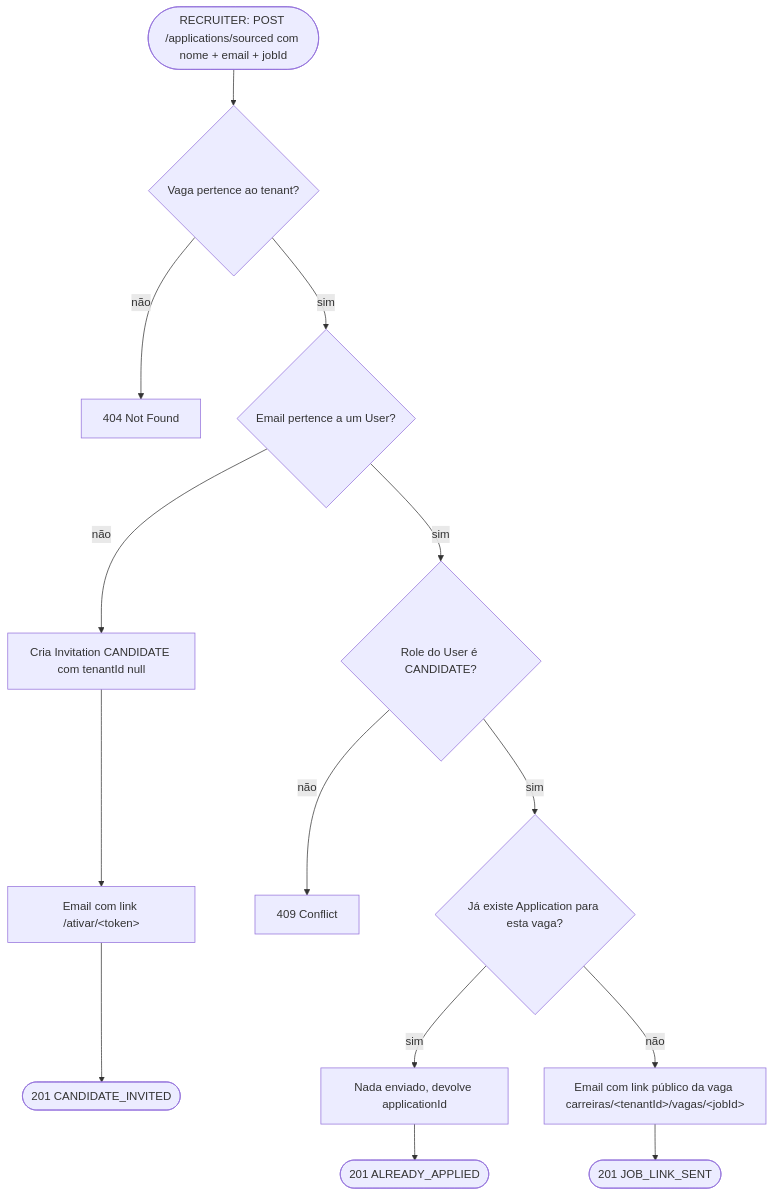
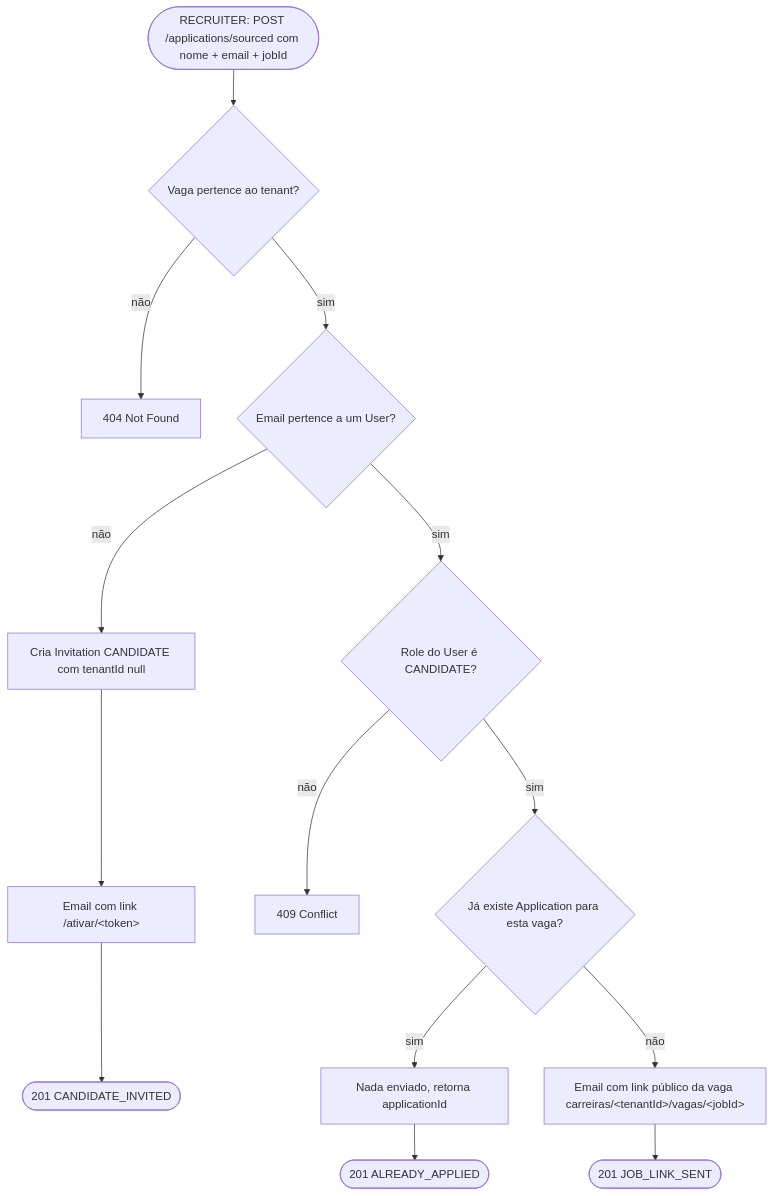
Before and after one commit to AndreXime/deploy-talent: the seventh of 13 diagrams in FLUXOS.md, drawn with Mermaid. The commit also changed other lines of this file and 49 other files, not shown here.

````diff
--- a/FLUXOS.md
+++ b/FLUXOS.md
@@ -134,17 +134,17 @@
 ```mermaid
 flowchart TD
     start([RECRUITER: POST /applications/sourced com nome + email + jobId]) --> jobOk{Vaga pertence ao tenant?}
     jobOk -- não --> err404[404 Not Found]
     jobOk -- sim --> userExists{Email pertence a um User?}
     userExists -- não --> invite[Cria Invitation CANDIDATE com tenantId null]
     invite --> emailInvite[Email com link /ativar/&lt;token&gt;]
     emailInvite --> doneInvited([201 CANDIDATE_INVITED])
 
     userExists -- sim --> isCandidate{Role do User é CANDIDATE?}
     isCandidate -- não --> err409[409 Conflict]
     isCandidate -- sim --> hasApp{Já existe Application para esta vaga?}
-    hasApp -- sim --> noOp[Nada enviado, devolve applicationId]
+    hasApp -- sim --> noOp[Nada enviado, retorna applicationId]
     noOp --> doneApplied([201 ALREADY_APPLIED])
     hasApp -- não --> emailJob[Email com link público da vaga carreiras/&lt;tenantId&gt;/vagas/&lt;jobId&gt;]
     emailJob --> doneLink([201 JOB_LINK_SENT])
 ```
````
